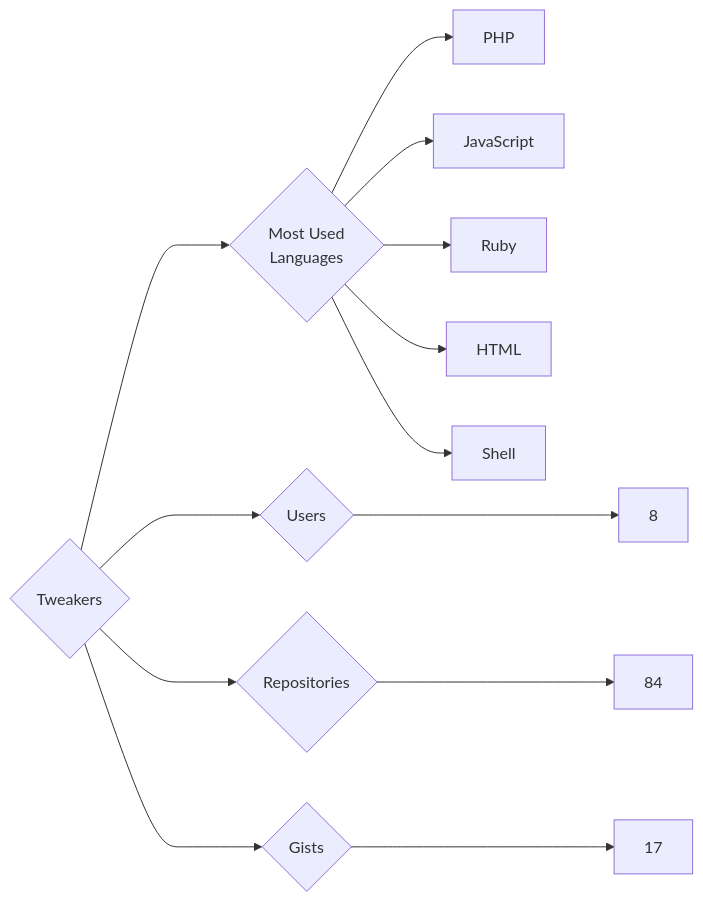
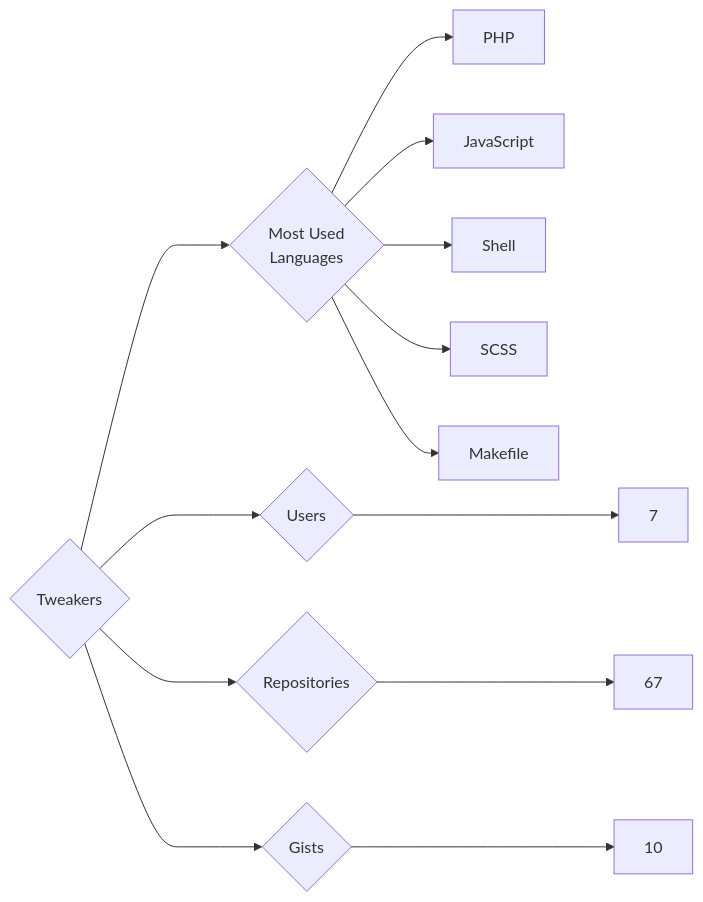
One commit to trickest/insiders changed the diagram in targets/Tweakers/README.md. Above: the diagram before and after it, drawn with Mermaid. The commit also changed 1011 other files, not shown here.

````diff
--- a/targets/Tweakers/README.md
+++ b/targets/Tweakers/README.md
@@ -3,13 +3,13 @@
 ```mermaid
 graph LR
 COMPANY_NAME{Tweakers}
-COMPANY_NAME ---> U{Users} ---> UN[8]
-COMPANY_NAME ---> R{Repositories} ---> RN[84]
-COMPANY_NAME ---> G{Gists} ---> GN[17]
+COMPANY_NAME ---> U{Users} ---> UN[7]
+COMPANY_NAME ---> R{Repositories} ---> RN[67]
+COMPANY_NAME ---> G{Gists} ---> GN[10]
 COMPANY_NAME ---> ML{Most Used<br>Languages}
 ML --> PHP[PHP]
 ML --> JavaScript[JavaScript]
-ML --> Ruby[Ruby]
-ML --> HTML[HTML]
 ML --> Shell[Shell]
+ML --> SCSS[SCSS]
+ML --> Makefile[Makefile]
 ```
````
